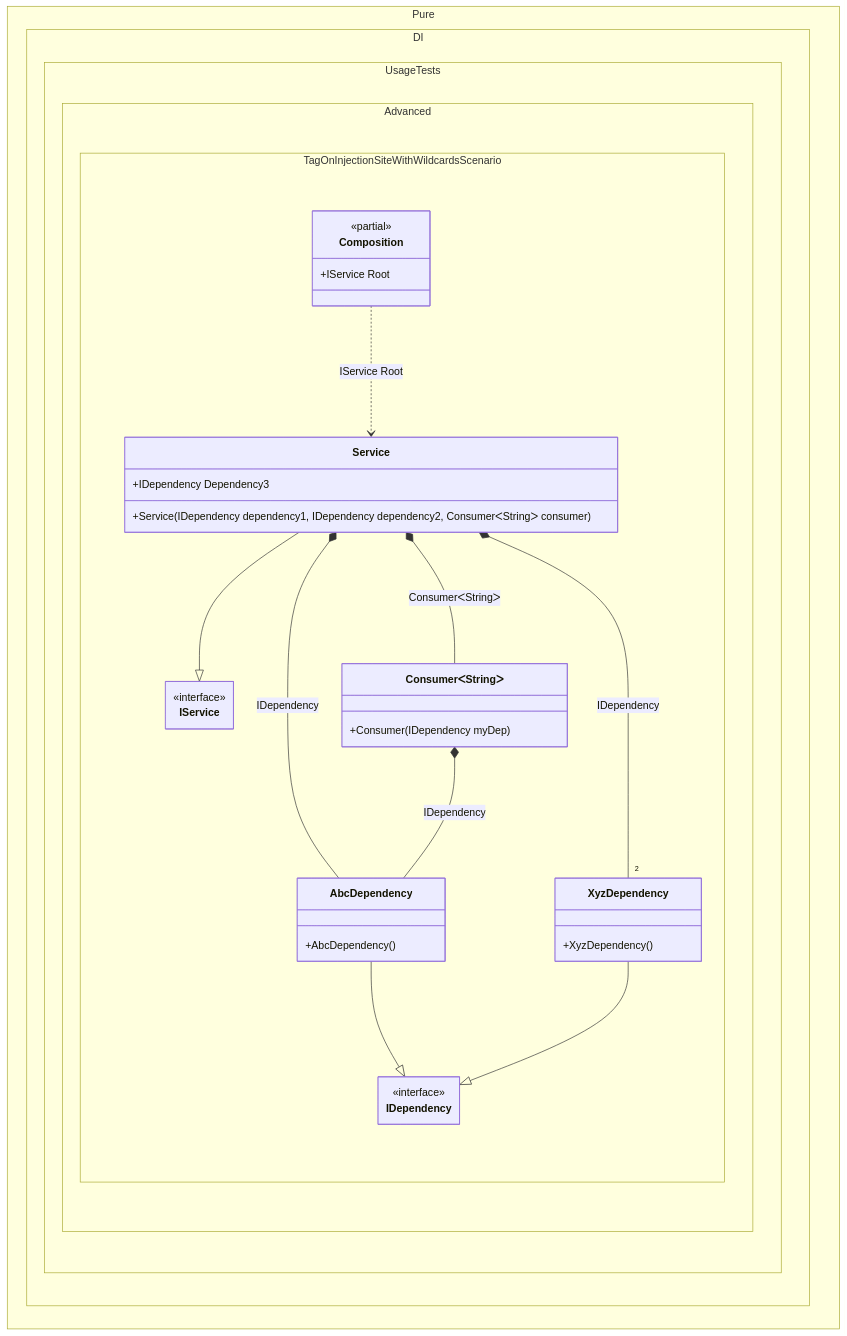
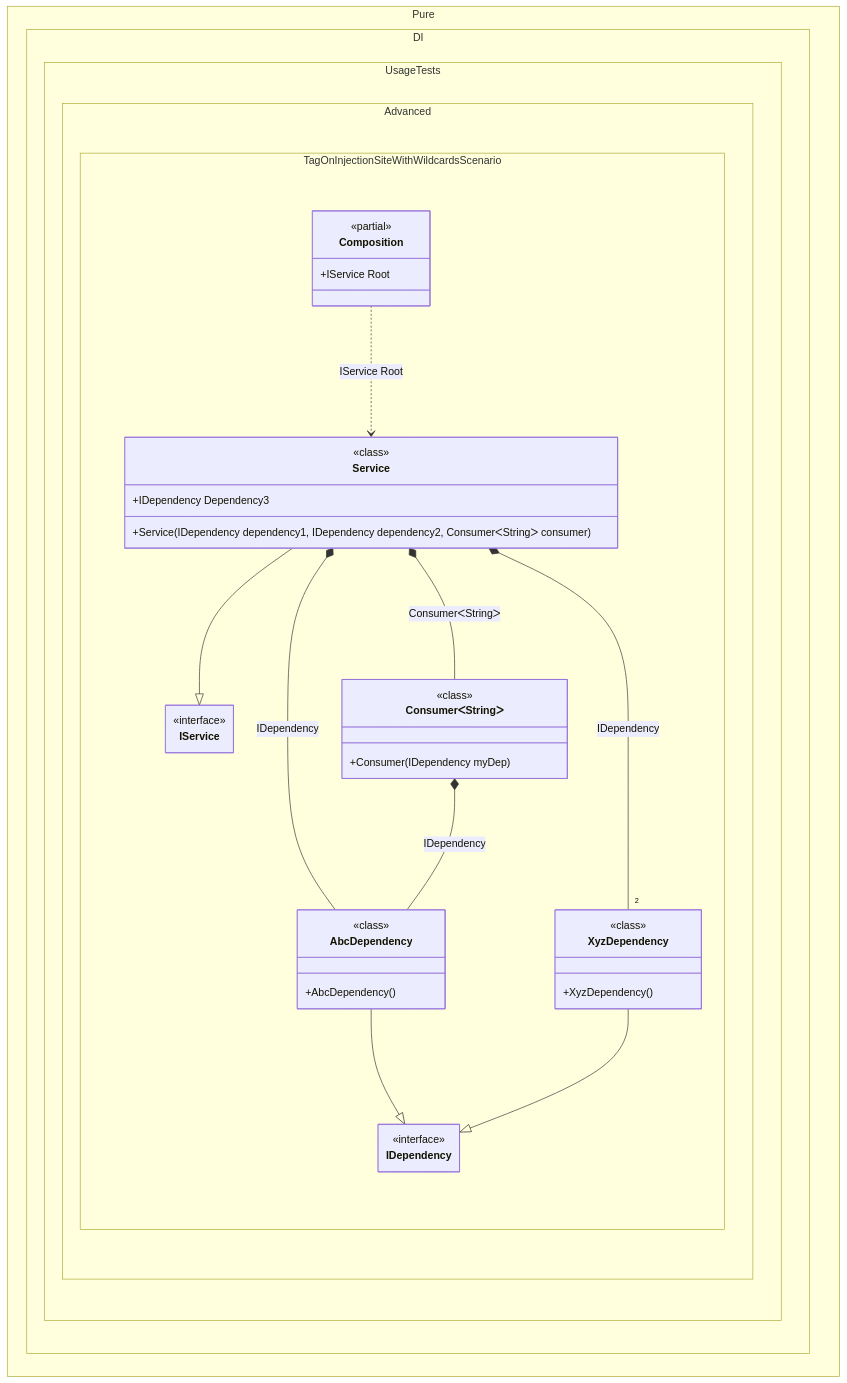
One commit to DevTeam/Pure.DI changed the diagram in readme/tag-on-injection-site-with-wildcards.md. Above: the diagram before and after it, drawn with Mermaid. The commit also changed 145 other files, not shown here.

````diff
--- a/readme/tag-on-injection-site-with-wildcards.md
+++ b/readme/tag-on-injection-site-with-wildcards.md
@@ -129,41 +129,47 @@
 ```mermaid
 ---
  config:
+  maxTextSize: 2147483647
+  maxEdges: 2147483647
   class:
    hideEmptyMembersBox: true
 ---
 classDiagram
 	AbcDependency --|> IDependency
 	XyzDependency --|> IDependency
 	Service --|> IService
 	Composition ..> Service : IService Root
 	Service *--  AbcDependency : IDependency
 	Service *-- "2 " XyzDependency : IDependency
 	Service *--  ConsumerᐸStringᐳ : ConsumerᐸStringᐳ
 	ConsumerᐸStringᐳ *--  AbcDependency : IDependency
 	namespace Pure.DI.UsageTests.Advanced.TagOnInjectionSiteWithWildcardsScenario {
 		class AbcDependency {
+				<<class>>
 			+AbcDependency()
 		}
 		class Composition {
 		<<partial>>
 		+IService Root
 		}
 		class ConsumerᐸStringᐳ {
+				<<class>>
 			+Consumer(IDependency myDep)
 		}
 		class IDependency {
 			<<interface>>
 		}
 		class IService {
 			<<interface>>
 		}
 		class Service {
+				<<class>>
 			+Service(IDependency dependency1, IDependency dependency2, ConsumerᐸStringᐳ consumer)
 			+IDependency Dependency3
 		}
 		class XyzDependency {
+				<<class>>
 			+XyzDependency()
 		}
 	}
 ```
````
